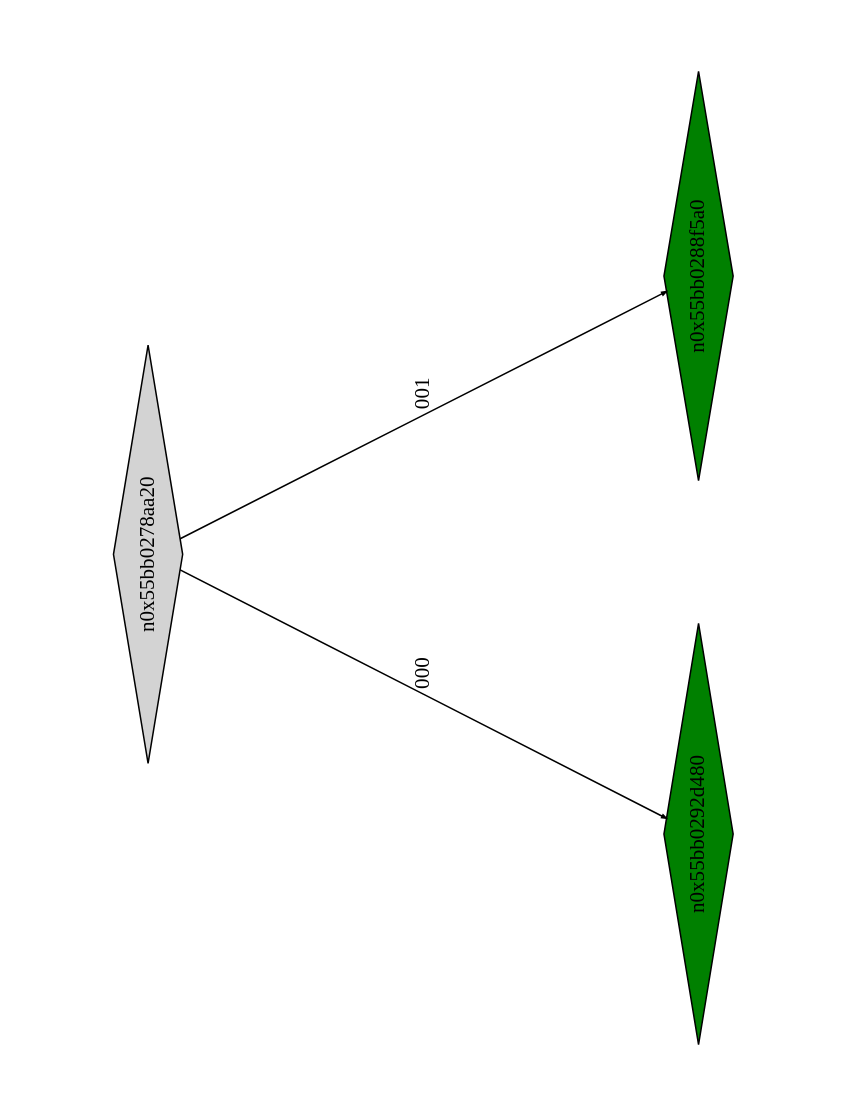
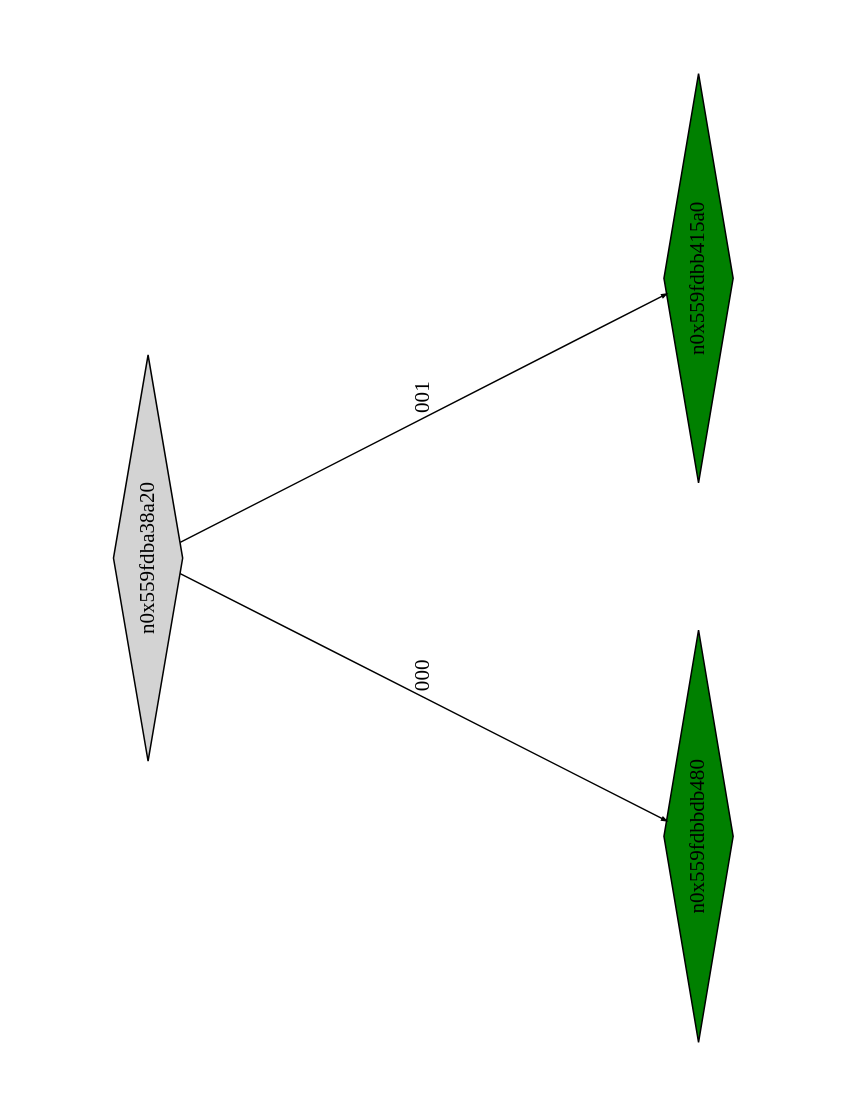
The diagram in example1_klee_out/ptree_00000219.dot (Research-Tools-PAVT/PSE-Program-Examples), drawn with Graphviz before and after one commit. The commit also changed 14 other files, not shown here.

```diff
--- a/example1_klee_out/ptree_00000219.dot
+++ b/example1_klee_out/ptree_00000219.dot
@@ -1,13 +1,13 @@
 digraph G {
 	size="10,7.5";
 	ratio=fill;
 	rotate=90;
 	center = "true";
 	node [style="filled",width=.1,height=.1,fontname="Terminus"]
 	edge [arrowsize=.3]
-	n0x55bb0278aa20 [shape=diamond];
-	n0x55bb0278aa20 -> n0x55bb0292d480 [label=000];
-	n0x55bb0278aa20 -> n0x55bb0288f5a0 [label=001];
-	n0x55bb0288f5a0 [shape=diamond,fillcolor=green];
-	n0x55bb0292d480 [shape=diamond,fillcolor=green];
+	n0x559fdba38a20 [shape=diamond];
+	n0x559fdba38a20 -> n0x559fdbbdb480 [label=000];
+	n0x559fdba38a20 -> n0x559fdbb415a0 [label=001];
+	n0x559fdbb415a0 [shape=diamond,fillcolor=green];
+	n0x559fdbbdb480 [shape=diamond,fillcolor=green];
 }
```
